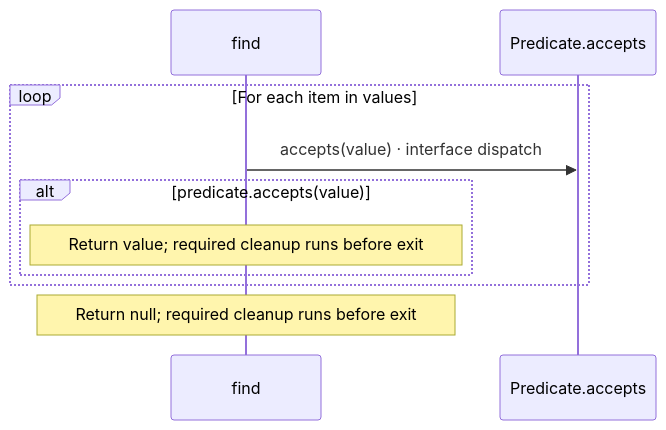
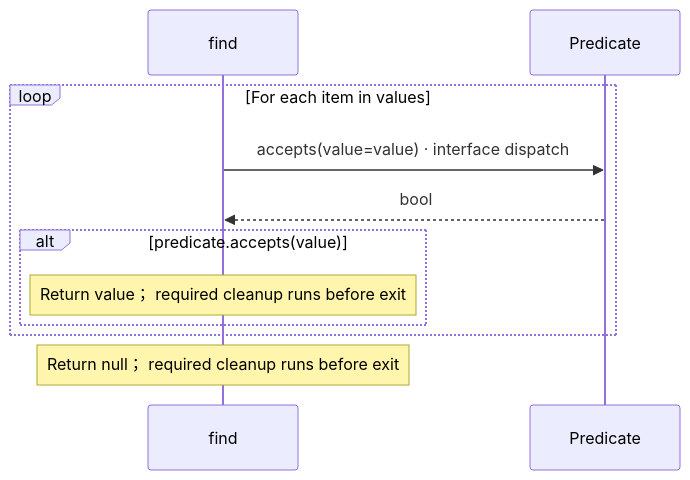
Before and after one commit to GreenPandaStudios/augscript: the seventh of 12 diagrams in src/stdlib/collections/operations.aug.diagrams.md, drawn with Mermaid. The commit also changed other lines of this file and 524 other files, not shown here.

Commit message:
Explain checked data flow at folder and service levels

````diff
--- a/src/stdlib/collections/operations.aug.diagrams.md
+++ b/src/stdlib/collections/operations.aug.diagrams.md
@@ -217,12 +202,13 @@
 ```mermaid
 sequenceDiagram
     participant p0 as find
-    participant p1 as Predicate.accepts
+    participant p1 as Predicate
     loop For each item in values
-    p0->>p1: accepts(value) · interface dispatch
+    p0->>p1: accepts(value=value) · interface dispatch
+    p1-->>p0: bool
     alt predicate.accepts(value)
-    Note over p0: Return value#59; required cleanup runs before exit
+    Note over p0: Return value； required cleanup runs before exit
     end
     end
-    Note over p0: Return null#59; required cleanup runs before exit
+    Note over p0: Return null； required cleanup runs before exit
 ```
````
